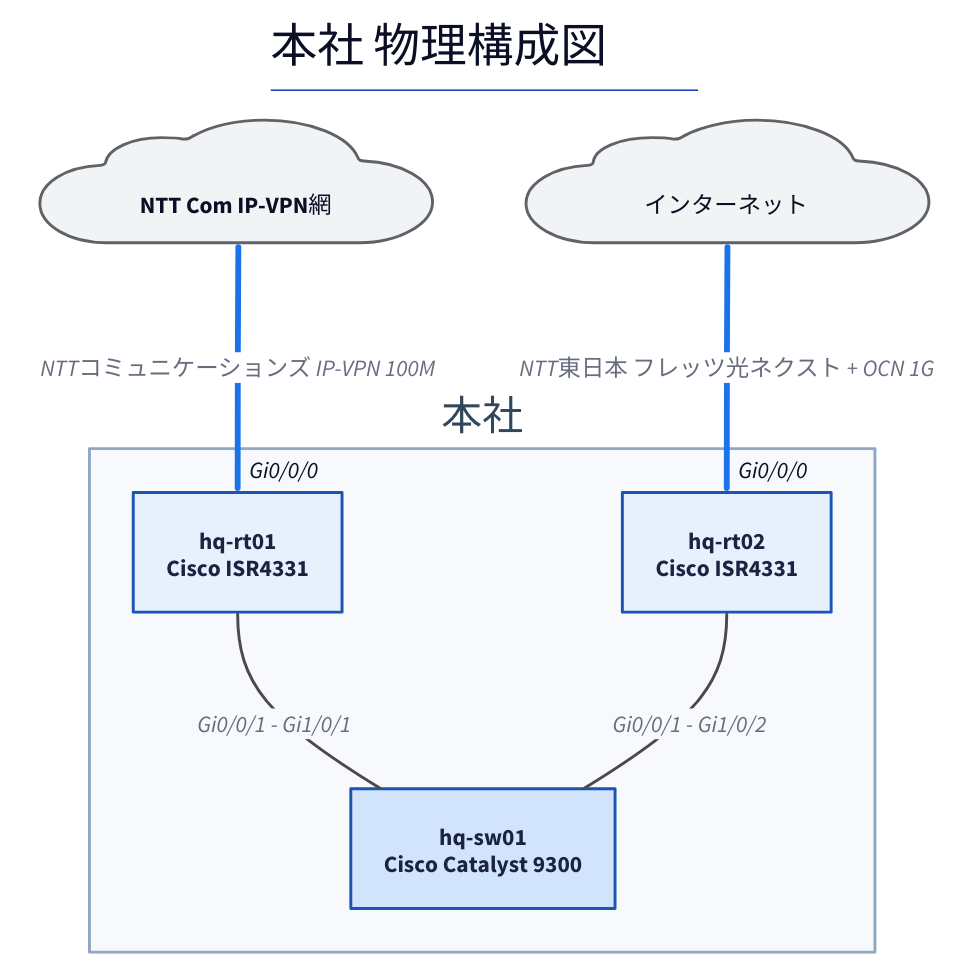
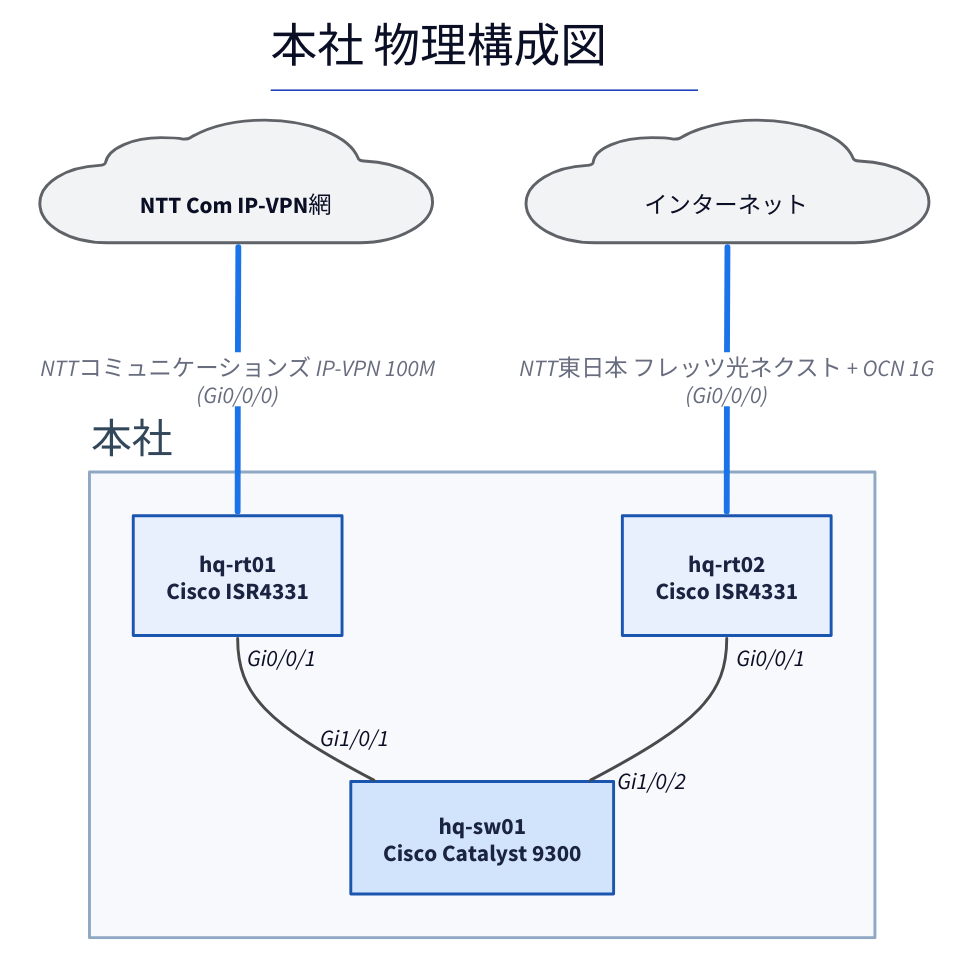
Before and after one commit to thinas1115/nwdsl: the diagram in examples/sample-corp/generated/hq-physical.d2, drawn with D2. The commit also changed 27 other files, not shown here.

First line of the commit message:
fix: 構成図のラベル衝突を根絶 (タイトル退避・IFラベル分散・ノード幅自動拡張)

```diff
--- a/examples/sample-corp/generated/hq-physical.d2
+++ b/examples/sample-corp/generated/hq-physical.d2
@@ -1,35 +1,36 @@
 title: |md
   # 本社 物理構成図
 | {near: top-center}
 direction: down
 
 classes: {
   role-router: {style.fill: "#e8f0fe"; style.stroke: "#1a56b0"; style.font-color: "#1a2340"}
   role-l3switch: {style.fill: "#d2e3fc"; style.stroke: "#1a56b0"; style.font-color: "#1a2340"}
   role-l2switch: {style.fill: "#e6f4ea"; style.stroke: "#137333"; style.font-color: "#1a2e1f"}
   role-firewall: {style.fill: "#fce8e6"; style.stroke: "#c5221f"; style.font-color: "#3c1a19"}
   role-other: {style.fill: "#f1f3f4"; style.stroke: "#5f6368"; style.font-color: "#202124"}
   node-cloud: {shape: cloud; style.fill: "#f1f3f4"; style.stroke: "#5f6368"}
   node-site: {style.fill: "#fff8e1"; style.stroke: "#b58105"; style.font-color: "#4a3a08"}
   node-external: {style.fill: "#ffffff"; style.stroke: "#9aa0a6"; style.stroke-dash: 3}
   group-site: {style.fill: "#f7f9fc"; style.stroke: "#8fa8c4"; style.font-color: "#33475b"}
   edge-lan-cable: {style.stroke: "#4a4a4a"; style.stroke-width: 2}
   edge-wan-circuit: {style.stroke: "#1a73e8"; style.stroke-width: 4}
   edge-tunnel: {style.stroke: "#7b1fa2"; style.stroke-width: 2; style.stroke-dash: 5}
   edge-logical: {style.stroke: "#188038"; style.stroke-width: 2; style.stroke-dash: 3}
 }
 
 s_hq: "本社" {
   class: group-site
+  label.near: outside-top-left
   n_hq_rt01: "hq-rt01\nCisco ISR4331" {class: role-router}
-  n_hq_sw01: "hq-sw01\nCisco Catalyst 9300" {class: role-l3switch}
+  n_hq_sw01: "hq-sw01\nCisco Catalyst 9300" {class: role-l3switch; width: 180}
   n_hq_rt02: "hq-rt02\nCisco ISR4331" {class: role-router}
 }
 
 n_ipvpn: "　NTT Com IP-VPN網　" {class: node-cloud}
 n_internet: "　インターネット　" {class: node-cloud}
 
-s_hq.n_hq_rt01 -- s_hq.n_hq_sw01: "Gi0/0/1 - Gi1/0/1" {class: edge-lan-cable}
-s_hq.n_hq_rt02 -- s_hq.n_hq_sw01: "Gi0/0/1 - Gi1/0/2" {class: edge-lan-cable}
-n_ipvpn -- s_hq.n_hq_rt01: "NTTコミュニケーションズ IP-VPN 100M" {class: edge-wan-circuit; target-arrowhead.label: "Gi0/0/0"}
-n_internet -- s_hq.n_hq_rt02: "NTT東日本 フレッツ光ネクスト + OCN 1G" {class: edge-wan-circuit; target-arrowhead.label: "Gi0/0/0"}
+s_hq.n_hq_rt01 -- s_hq.n_hq_sw01 {class: edge-lan-cable; source-arrowhead.label: "Gi0/0/1"; target-arrowhead.label: "Gi1/0/1"}
+s_hq.n_hq_rt02 -- s_hq.n_hq_sw01 {class: edge-lan-cable; source-arrowhead.label: "Gi0/0/1"; target-arrowhead.label: "Gi1/0/2"}
+n_ipvpn -- s_hq.n_hq_rt01: "NTTコミュニケーションズ IP-VPN 100M\n(Gi0/0/0)" {class: edge-wan-circuit}
+n_internet -- s_hq.n_hq_rt02: "NTT東日本 フレッツ光ネクスト + OCN 1G\n(Gi0/0/0)" {class: edge-wan-circuit}
```
